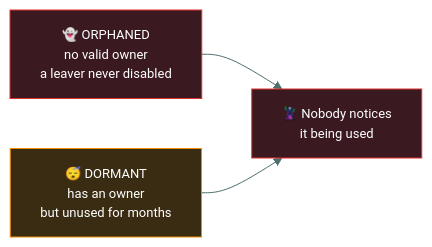
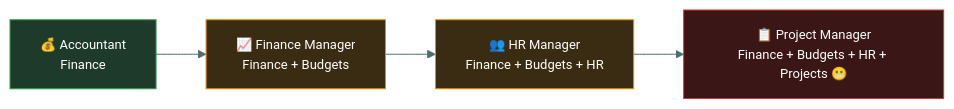
Before and after one commit to tarunTejaDesireddy/cc-exam-prep: the fifth of 6 diagrams in 03-access-control/identity-lifecycle/README.md, drawn with Mermaid. The commit also changed other lines of this file, not shown here.

Commit message:
Replace identity lifecycle with caveman-style version, diagrams and questions

````diff
--- a/03-access-control/identity-lifecycle/README.md
+++ b/03-access-control/identity-lifecycle/README.md
@@ -144,10 +255,10 @@
 ```mermaid
 %%{init: {'theme':'base','themeVariables':{'fontSize':'13px','lineColor':'#4d6f6e','textColor':'#dbe7e6'}}}%%
 flowchart LR
-    O["👻 ORPHANED<br/>no valid owner<br/>a leaver never disabled"] --> R["🦹 Nobody notices<br/>it being used"]
-    D["😴 DORMANT<br/>has an owner<br/>but unused for months"] --> R
+    A["💰 Accountant<br/>Finance"] --> B["📈 Finance Manager<br/>Finance + Budgets"] --> C["👥 HR Manager<br/>Finance + Budgets + HR"] --> D["📋 Project Manager<br/>Finance + Budgets + HR + Projects 😬"]
 
-    style O fill:#3a1a20,stroke:#E03131,color:#fff
-    style D fill:#3a2c12,stroke:#F08C00,color:#fff
-    style R fill:#3a1a20,stroke:#E03131,color:#fff
+    style A fill:#1d3a2a,stroke:#2F9E44,color:#fff
+    style B fill:#3a2c12,stroke:#F08C00,color:#fff
+    style C fill:#3a2c12,stroke:#F08C00,color:#fff
+    style D fill:#3a1616,stroke:#E03131,color:#fff
 ```
````
